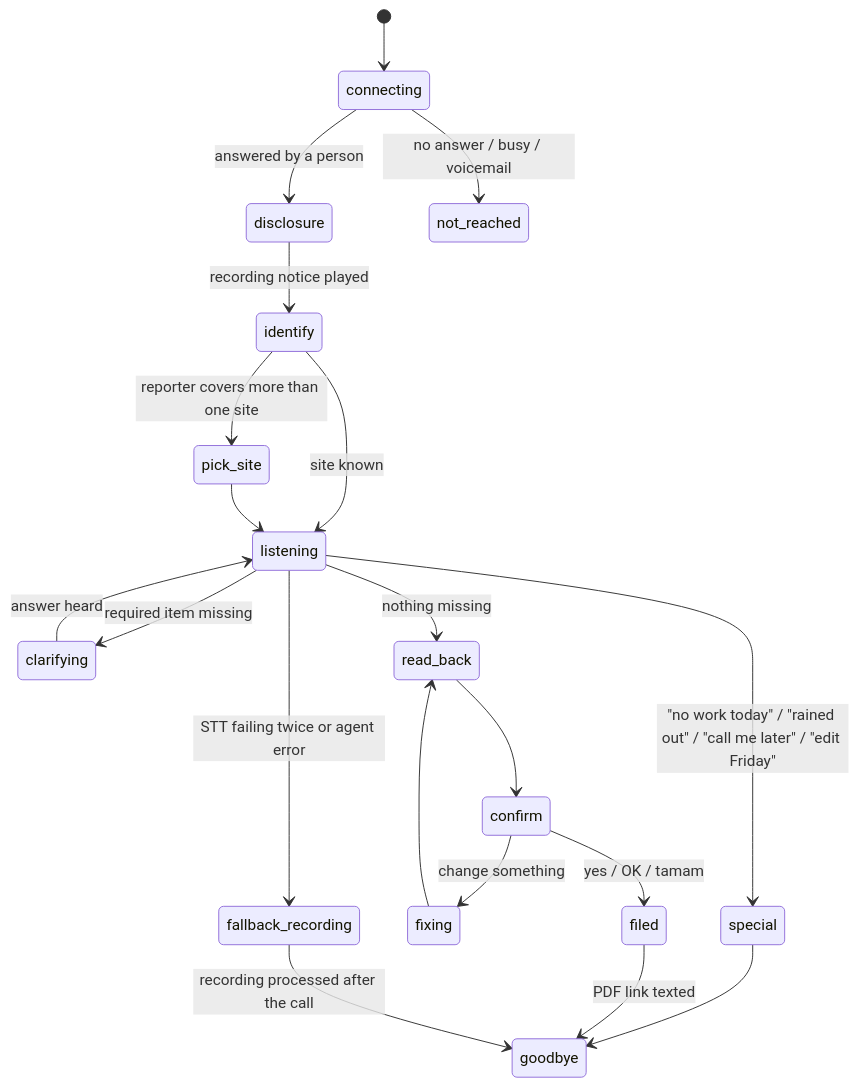
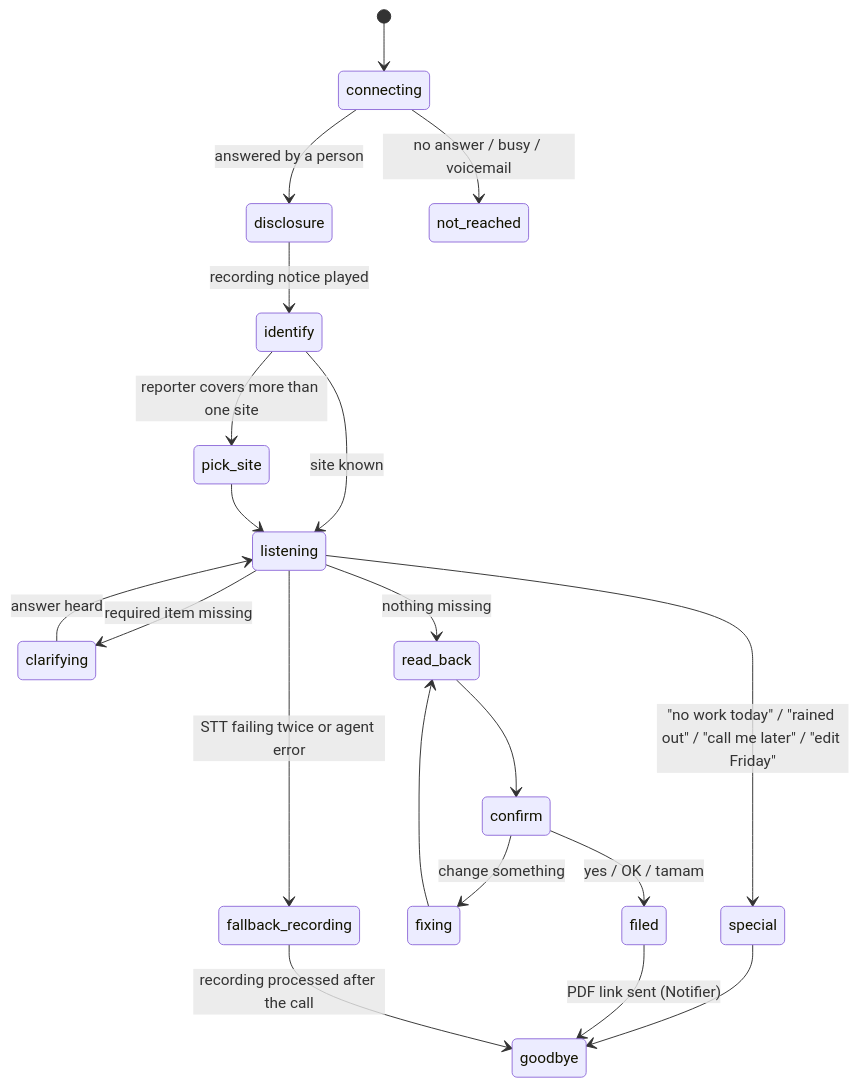
The fifth of 5 diagrams in docs/SITELOG_SPEC.md (ErtanNNC/SiteLog), drawn with Mermaid before and after one commit. The commit also changed other lines of this file and 9 other files, not shown here.

````diff
--- a/docs/SITELOG_SPEC.md
+++ b/docs/SITELOG_SPEC.md
@@ -1027,22 +1088,22 @@
 ```mermaid
 stateDiagram-v2
   [*] --> connecting
   connecting --> disclosure: answered by a person
   connecting --> not_reached: no answer / busy / voicemail
   disclosure --> identify: recording notice played
   identify --> listening: site known
   identify --> pick_site: reporter covers more than one site
   pick_site --> listening
   listening --> clarifying: required item missing
   clarifying --> listening: answer heard
   listening --> read_back: nothing missing
   read_back --> confirm
   confirm --> filed: yes / OK / tamam
   confirm --> fixing: change something
   fixing --> read_back
   listening --> special: "no work today" / "rained out" / "call me later" / "edit Friday"
   special --> goodbye
-  filed --> goodbye: PDF link texted
+  filed --> goodbye: PDF link sent (Notifier)
   listening --> fallback_recording: STT failing twice or agent error
   fallback_recording --> goodbye: recording processed after the call
 ```
````
